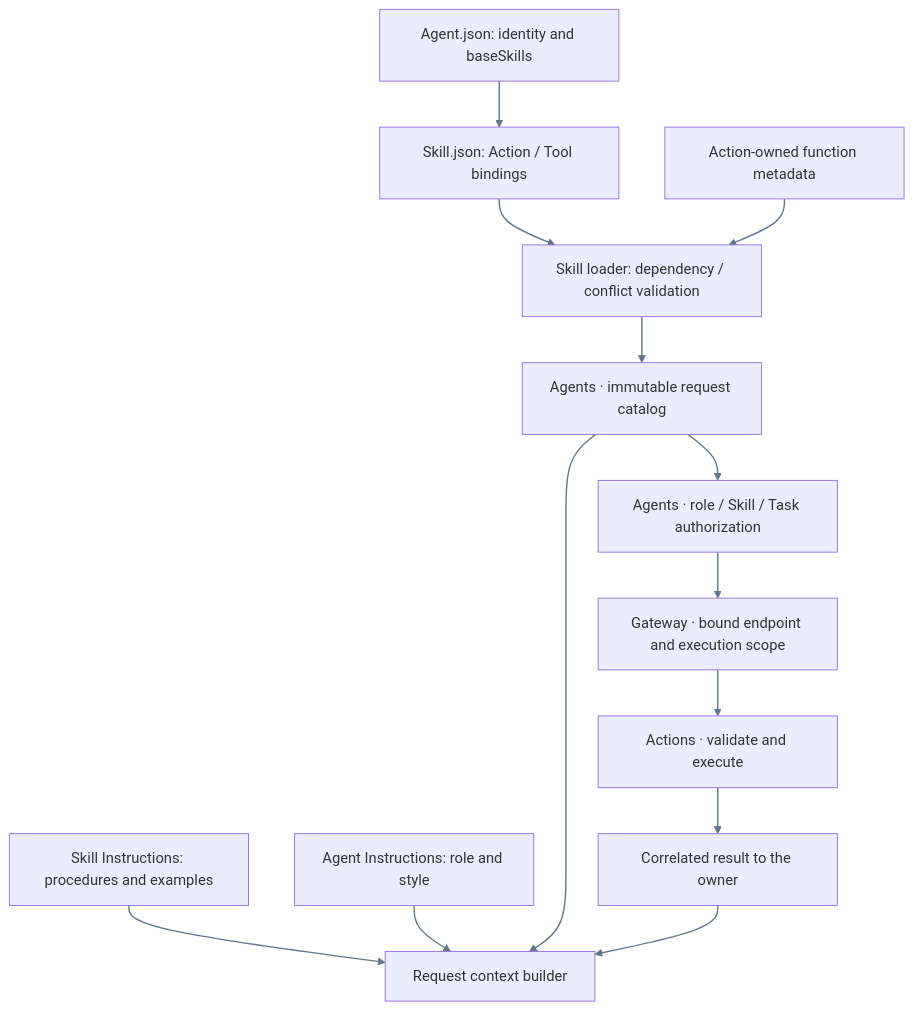
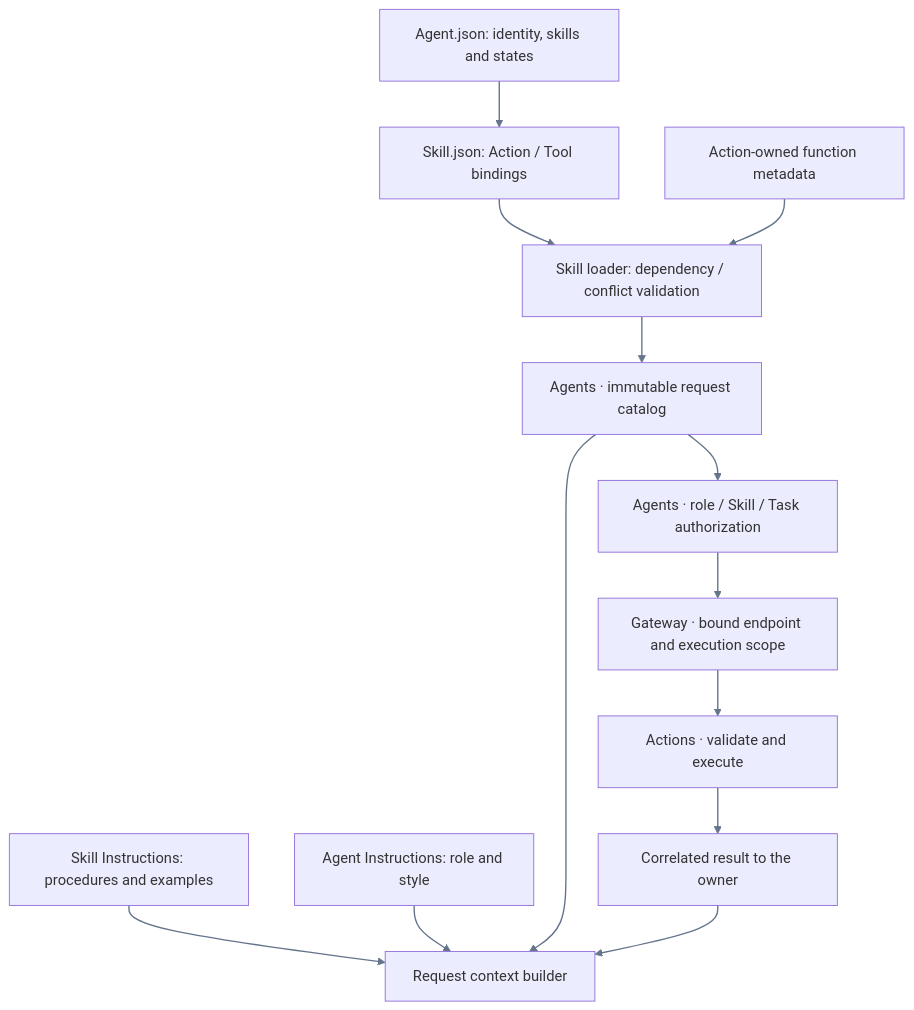
The third of 3 diagrams in MobileHarness/Resources/README.md (devilyouwei/MobileHarness), drawn with Mermaid before and after one commit. The commit also changed other lines of this file and 127 other files, not shown here.

````diff
--- a/MobileHarness/Resources/README.md
+++ b/MobileHarness/Resources/README.md
@@ -81,16 +81,16 @@
 ```mermaid
 flowchart TB
- A[Agent.json: identity and baseSkills] --> S[Skill.json: Action / Tool bindings]
+ A[Agent.json: identity, skills and states] --> S[Skill.json: Action / Tool bindings]
  S --> L[Skill loader: dependency / conflict validation]
  M[Action-owned function metadata] --> L
  C[Skill Instructions: procedures and examples] --> P[Request context builder]
  R[Agent Instructions: role and style] --> P
  L --> F["Agents · immutable request catalog"]
  F --> P
  F --> A1["Agents · role / Skill / Task authorization"]
  A1 --> G["Gateway · bound endpoint and execution scope"]
  G --> E["Actions · validate and execute"]
  E --> O["Correlated result to the owner"]
  O --> P
     linkStyle default stroke:#64748b,stroke-width:1.5px
 ```
````
